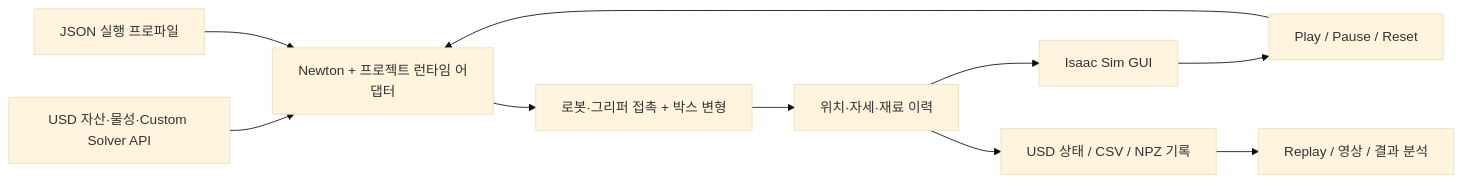
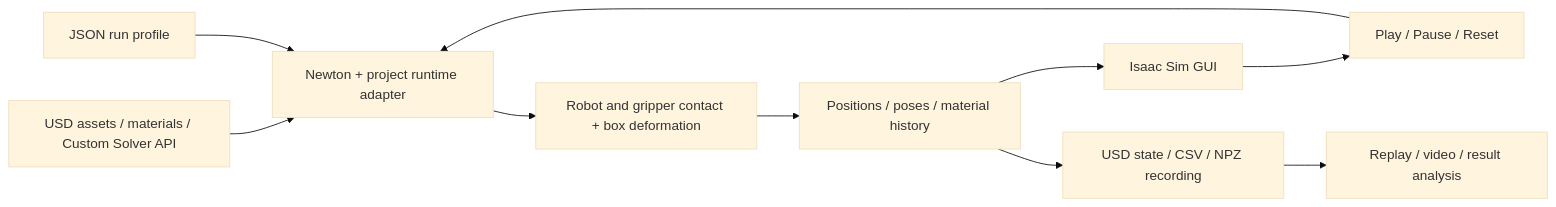
Before and after one commit to nv-jonghwan/NewtonVBD_CardboardPlasticity: the first of 2 diagrams in README.md, drawn with Mermaid (base theme). The commit also changed other lines of this file and 3 other files, not shown here.

````diff
--- a/README.md
+++ b/README.md
@@ -57,12 +59,12 @@
 ```mermaid
 flowchart LR
-    A[USD 자산·물성·Custom Solver API] --> B[Newton + 프로젝트 런타임 어댑터]
-    B --> C[로봇·그리퍼 접촉 + 박스 변형]
-    C --> D[위치·자세·재료 이력]
+    A[USD assets / materials / Custom Solver API] --> B[Newton + project runtime adapter]
+    B --> C[Robot and gripper contact + box deformation]
+    C --> D[Positions / poses / material history]
     D --> E[Isaac Sim GUI]
     E --> F[Play / Pause / Reset]
     F --> B
-    D --> G[USD 상태 / CSV / NPZ 기록]
-    G --> H[Replay / 영상 / 결과 분석]
-    P[JSON 실행 프로파일] --> B
+    D --> G[USD state / CSV / NPZ recording]
+    G --> H[Replay / video / result analysis]
+    P[JSON run profile] --> B
 ```
````
